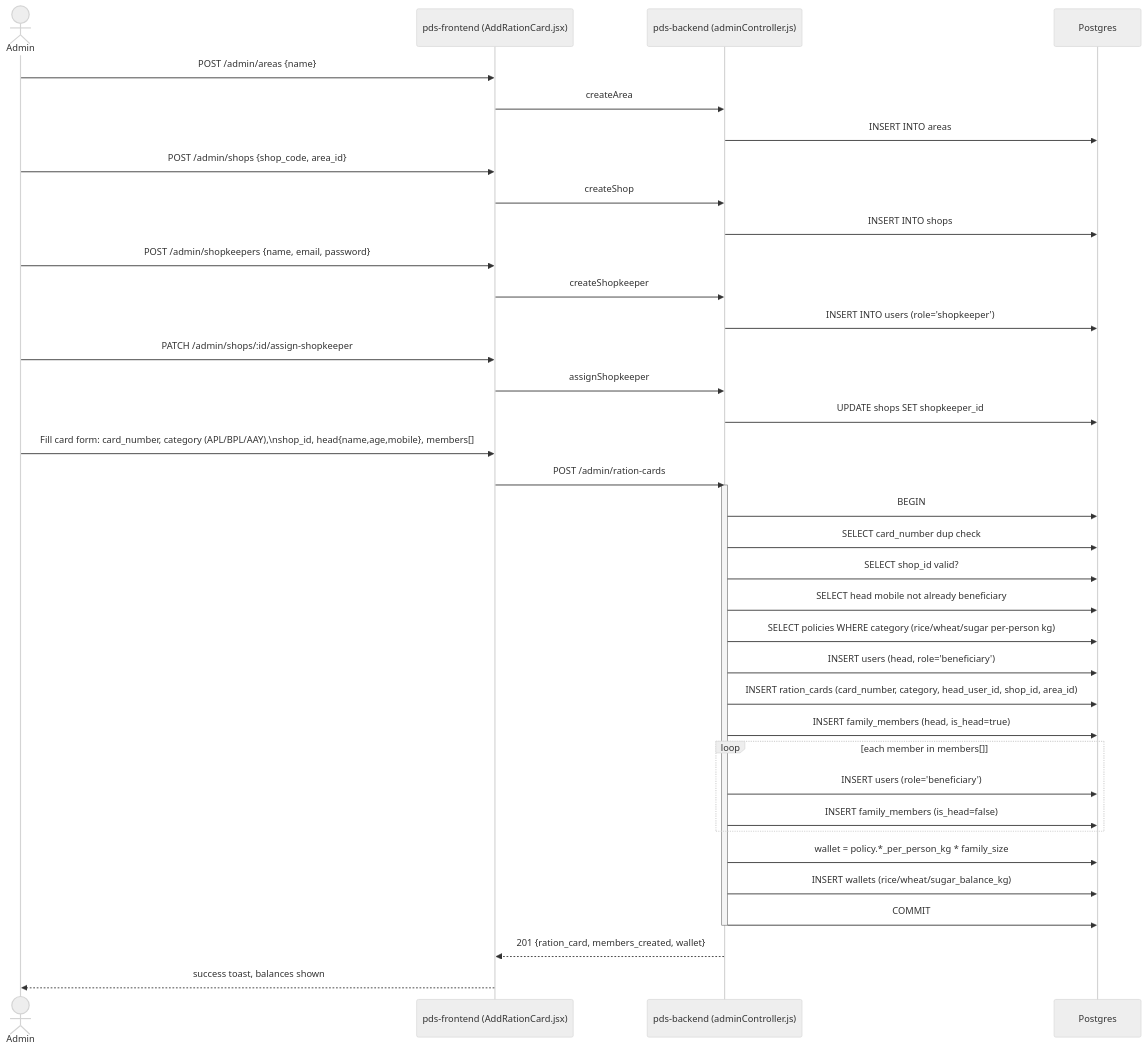
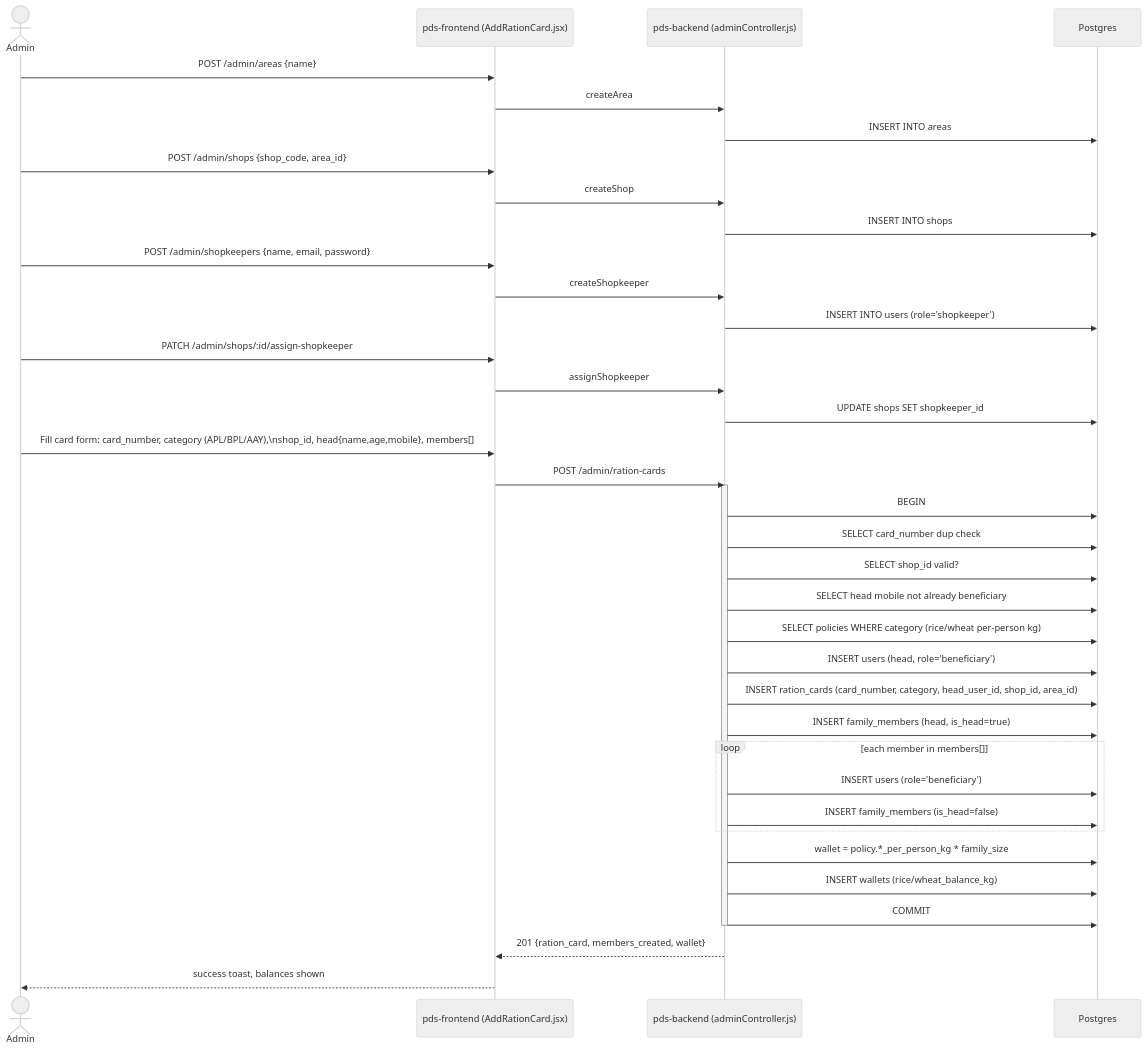
Before and after one commit to shravanimire-gif/Major-PDS: the second of 5 diagrams in plan.md, drawn with Mermaid (neutral theme). The commit also changed other lines of this file and 112 other files, not shown here.

````diff
--- a/plan.md
+++ b/plan.md
@@ -66,45 +66,45 @@
 ```mermaid
 sequenceDiagram
     actor Admin
     participant FE as pds-frontend (AddRationCard.jsx)
     participant API as pds-backend (adminController.js)
     participant DB as Postgres
 
     Admin->>FE: POST /admin/areas {name}
     FE->>API: createArea
     API->>DB: INSERT INTO areas
 
     Admin->>FE: POST /admin/shops {shop_code, area_id}
     FE->>API: createShop
     API->>DB: INSERT INTO shops
 
     Admin->>FE: POST /admin/shopkeepers {name, email, password}
     FE->>API: createShopkeeper
     API->>DB: INSERT INTO users (role='shopkeeper')
 
     Admin->>FE: PATCH /admin/shops/:id/assign-shopkeeper
     FE->>API: assignShopkeeper
     API->>DB: UPDATE shops SET shopkeeper_id
 
     Admin->>FE: Fill card form: card_number, category (APL/BPL/AAY),\nshop_id, head{name,age,mobile}, members[]
     FE->>API: POST /admin/ration-cards
     activate API
     API->>DB: BEGIN
     API->>DB: SELECT card_number dup check
     API->>DB: SELECT shop_id valid?
     API->>DB: SELECT head mobile not already beneficiary
-    API->>DB: SELECT policies WHERE category (rice/wheat/sugar per-person kg)
+    API->>DB: SELECT policies WHERE category (rice/wheat per-person kg)
     API->>DB: INSERT users (head, role='beneficiary')
     API->>DB: INSERT ration_cards (card_number, category, head_user_id, shop_id, area_id)
     API->>DB: INSERT family_members (head, is_head=true)
     loop each member in members[]
         API->>DB: INSERT users (role='beneficiary')
         API->>DB: INSERT family_members (is_head=false)
     end
     API->>DB: wallet = policy.*_per_person_kg * family_size
-    API->>DB: INSERT wallets (rice/wheat/sugar_balance_kg)
+    API->>DB: INSERT wallets (rice/wheat_balance_kg)
     API->>DB: COMMIT
     deactivate API
     API-->>FE: 201 {ration_card, members_created, wallet}
     FE-->>Admin: success toast, balances shown
 ```
````
